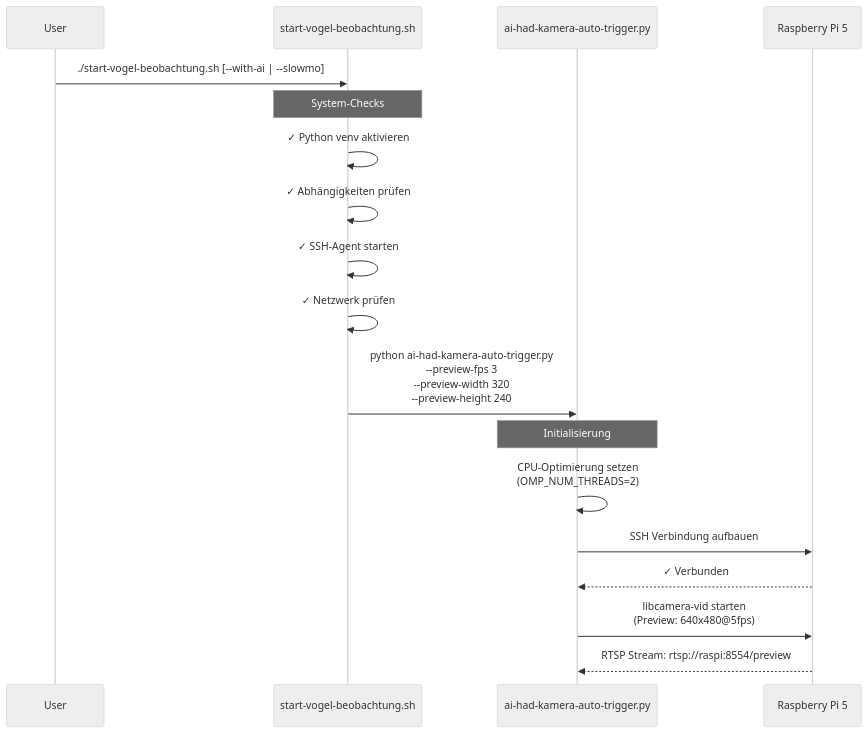
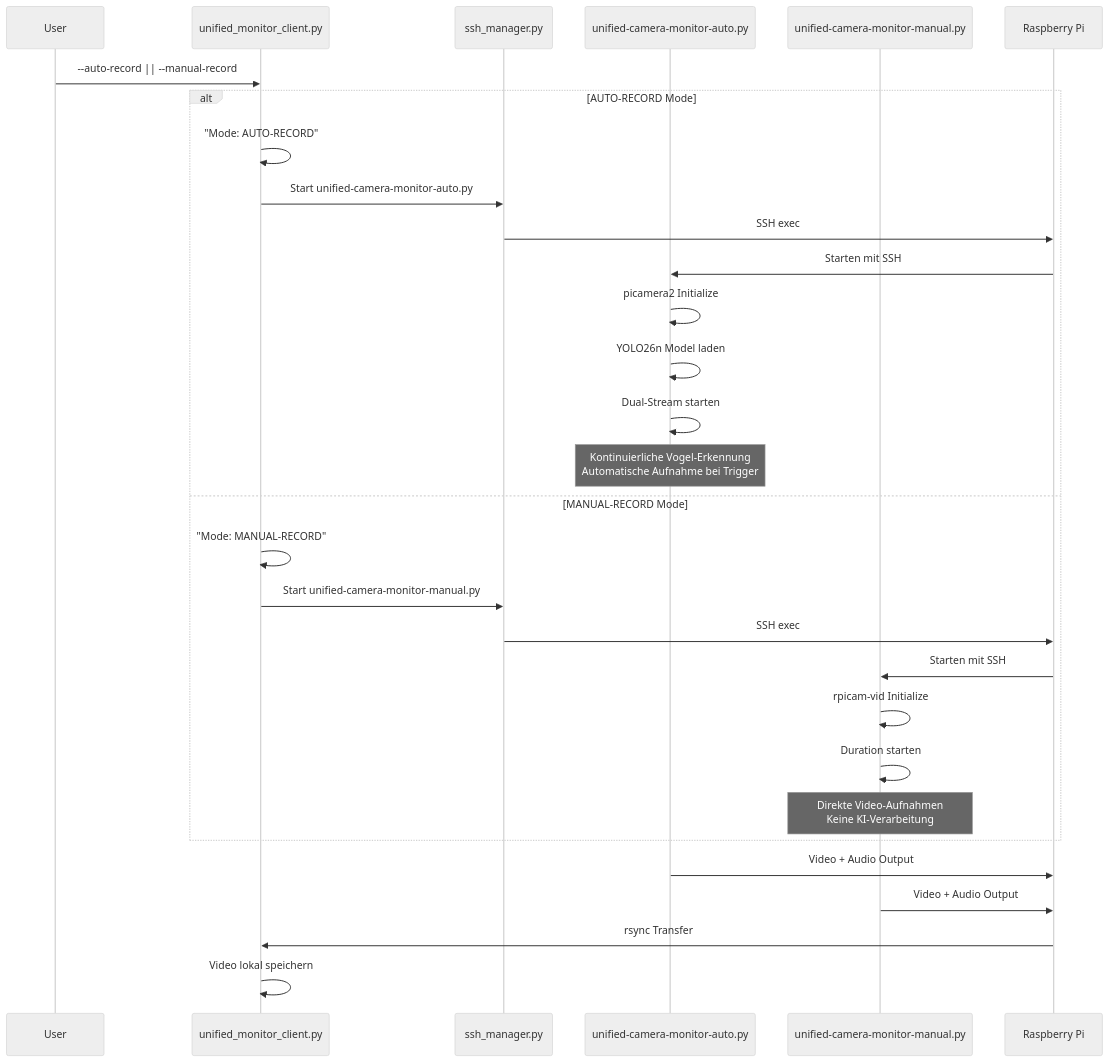
One commit to kamera-linux/vogel-kamera-linux changed the second of 17 diagrams in docs/ARCHITEKTUR.md. Above: the diagram before and after it, drawn with Mermaid (neutral theme). The commit also changed other lines of this file and 23 other files, not shown here.

First line of the commit message:
🎉 Release v2.1.1: Graceful Shutdown & Detect-and-Record Mode

````diff
--- a/docs/ARCHITEKTUR.md
+++ b/docs/ARCHITEKTUR.md
@@ -55,25 +62,35 @@
 ```mermaid
 sequenceDiagram
     participant User
-    participant Wrapper as start-vogel-beobachtung.sh
-    participant Controller as ai-had-kamera-auto-trigger.py
-    participant RaspPi as Raspberry Pi 5
+    participant Client as unified_monitor_client.py
+    participant SSH as ssh_manager.py
+    participant Auto as unified-camera-monitor-auto.py
+    participant Manual as unified-camera-monitor-manual.py
+    participant Pi as Raspberry Pi
 
-    User->>Wrapper: ./start-vogel-beobachtung.sh [--with-ai | --slowmo]
+    User->>Client: --auto-record || --manual-record
+
+    alt AUTO-RECORD Mode
+        Client->>Client: "Mode: AUTO-RECORD"
+        Client->>SSH: Start unified-camera-monitor-auto.py
+        SSH->>Pi: SSH exec
+        Pi->>Auto: Starten mit SSH
+        Auto->>Auto: picamera2 Initialize
+        Auto->>Auto: YOLO26n Model laden
+        Auto->>Auto: Dual-Stream starten
+        Note over Auto: Kontinuierliche Vogel-Erkennung<br/>Automatische Aufnahme bei Trigger
+    else MANUAL-RECORD Mode
+        Client->>Client: "Mode: MANUAL-RECORD"
+        Client->>SSH: Start unified-camera-monitor-manual.py
+        SSH->>Pi: SSH exec
+        Pi->>Manual: Starten mit SSH
+        Manual->>Manual: rpicam-vid Initialize
+        Manual->>Manual: Duration starten
+        Note over Manual: Direkte Video-Aufnahmen<br/>Keine KI-Verarbeitung
+    end
     
-    Note over Wrapper: System-Checks
-    Wrapper->>Wrapper: ✓ Python venv aktivieren
-    Wrapper->>Wrapper: ✓ Abhängigkeiten prüfen
-    Wrapper->>Wrapper: ✓ SSH-Agent starten
-    Wrapper->>Wrapper: ✓ Netzwerk prüfen
-    
-    Wrapper->>Controller: python ai-had-kamera-auto-trigger.py<br/>--preview-fps 3<br/>--preview-width 320<br/>--preview-height 240
-    
-    Note over Controller: Initialisierung
-    Controller->>Controller: CPU-Optimierung setzen<br/>(OMP_NUM_THREADS=2)
-    Controller->>RaspPi: SSH Verbindung aufbauen
-    RaspPi-->>Controller: ✓ Verbunden
-    
-    Controller->>RaspPi: libcamera-vid starten<br/>(Preview: 640x480@5fps)
-    RaspPi-->>Controller: RTSP Stream: rtsp://raspi:8554/preview
+    Auto->>Pi: Video + Audio Output
+    Manual->>Pi: Video + Audio Output
+    Pi->>Client: rsync Transfer
+    Client->>Client: Video lokal speichern
 ```
````
